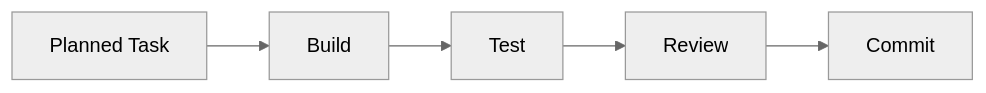
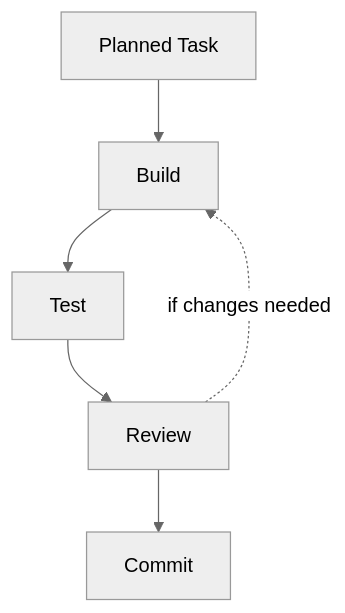
The second of 2 diagrams in README.md (owainlewis/blueprint), drawn with Mermaid (neutral theme) before and after one commit. The commit also changed other lines of this file, not shown here.

Commit message:
docs: simplify install and improve diagrams

````diff
--- a/README.md
+++ b/README.md
@@ -29,7 +29,8 @@
 ```mermaid
-flowchart LR
+flowchart TB
     Task["Planned Task"] --> Build["Build"]
     Build --> Test["Test"]
     Test --> Review["Review"]
     Review --> Commit["Commit"]
+    Review -. if changes needed .-> Build
 ```
````
